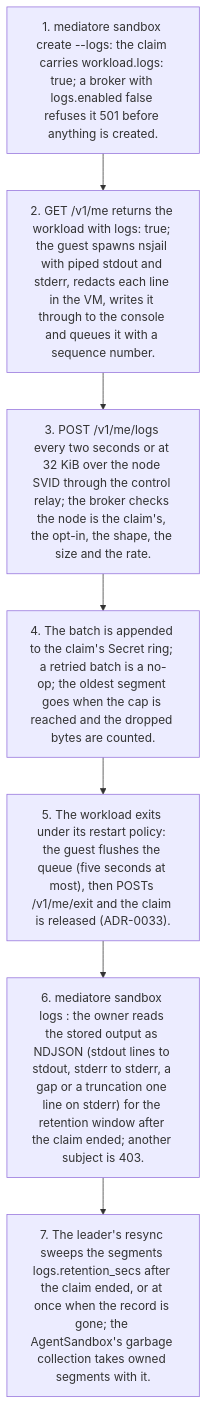
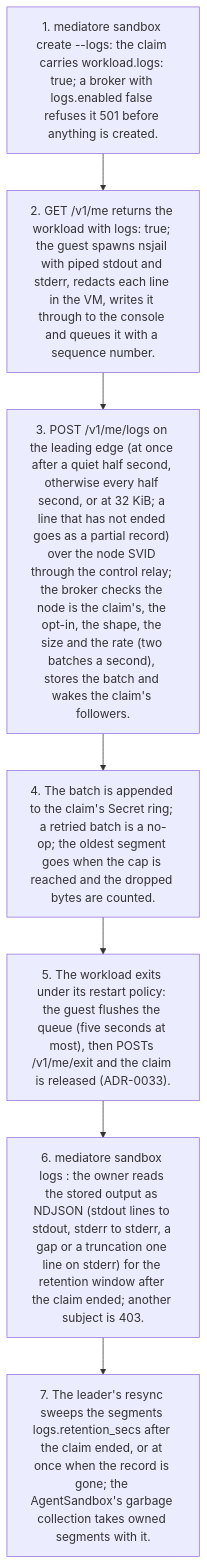
Before and after one commit to firestoned/mediatore: the sixth of 6 diagrams in docs/architecture/diagrams/flows.md, drawn with Mermaid. The commit also changed 8 other files, not shown here.

````diff
--- a/docs/architecture/diagrams/flows.md
+++ b/docs/architecture/diagrams/flows.md
@@ -123,11 +123,11 @@
 ```mermaid
 flowchart TD
     t1["1. mediatore sandbox create --logs: the claim carries workload.logs: true; a broker with logs.enabled false refuses it 501 before anything is created."]
     t2["2. GET /v1/me returns the workload with logs: true; the guest spawns nsjail with piped stdout and stderr, redacts each line in the VM, writes it through to the console and queues it with a sequence number."]
-    t3["3. POST /v1/me/logs every two seconds or at 32 KiB over the node SVID through the control relay; the broker checks the node is the claim's, the opt-in, the shape, the size and the rate."]
+    t3["3. POST /v1/me/logs on the leading edge (at once after a quiet half second, otherwise every half second, or at 32 KiB; a line that has not ended goes as a partial record) over the node SVID through the control relay; the broker checks the node is the claim's, the opt-in, the shape, the size and the rate (two batches a second), stores the batch and wakes the claim's followers."]
     t4["4. The batch is appended to the claim's Secret ring; a retried batch is a no-op; the oldest segment goes when the cap is reached and the dropped bytes are counted."]
     t5["5. The workload exits under its restart policy: the guest flushes the queue (five seconds at most), then POSTs /v1/me/exit and the claim is released (ADR-0033)."]
     t6["6. mediatore sandbox logs <name>: the owner reads the stored output as NDJSON (stdout lines to stdout, stderr to stderr, a gap or a truncation one line on stderr) for the retention window after the claim ended; another subject is 403."]
     t7["7. The leader's resync sweeps the segments logs.retention_secs after the claim ended, or at once when the record is gone; the AgentSandbox's garbage collection takes owned segments with it."]
     t1 --> t2 --> t3 --> t4 --> t5 --> t6 --> t7
 ```
````
